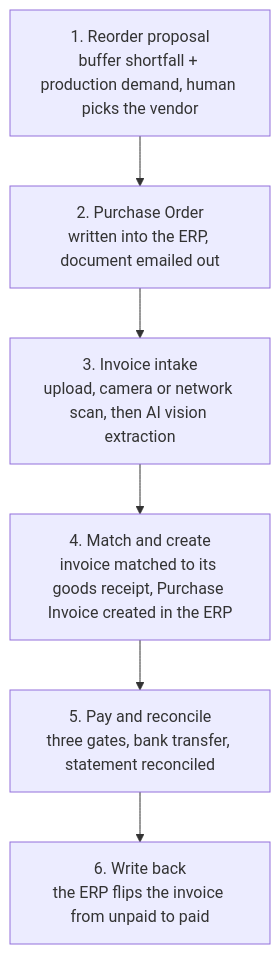
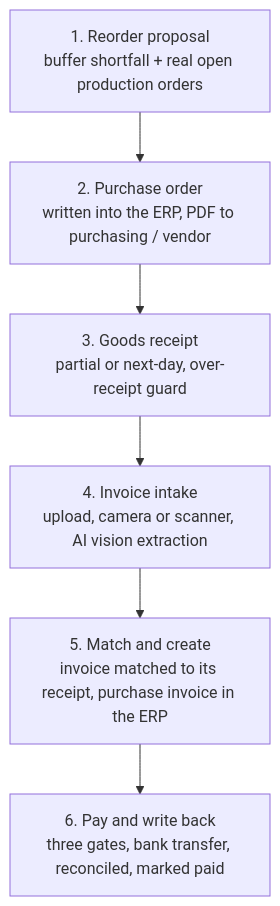
The second of 4 diagrams in docs/projects/erp-automation-platform.md (robiriu/robiriu.github.io), drawn with Mermaid before and after one commit. The commit also changed other lines of this file and 2 other files, not shown here.

First line of the commit message:
Update the ERP automation platform page with progress since August

````diff
--- a/docs/projects/erp-automation-platform.md
+++ b/docs/projects/erp-automation-platform.md
@@ -140,10 +165,10 @@
 ```mermaid
 flowchart TB
-    S1["1. Reorder proposal<br/>buffer shortfall + production demand, human picks the vendor"]
-    S2["2. Purchase Order<br/>written into the ERP, document emailed out"]
-    S3["3. Invoice intake<br/>upload, camera or network scan, then AI vision extraction"]
-    S4["4. Match and create<br/>invoice matched to its goods receipt, Purchase Invoice created in the ERP"]
-    S5["5. Pay and reconcile<br/>three gates, bank transfer, statement reconciled"]
-    S6["6. Write back<br/>the ERP flips the invoice from unpaid to paid"]
+    S1["1. Reorder proposal<br/>buffer shortfall + real open production orders"]
+    S2["2. Purchase order<br/>written into the ERP, PDF to purchasing / vendor"]
+    S3["3. Goods receipt<br/>partial or next-day, over-receipt guard"]
+    S4["4. Invoice intake<br/>upload, camera or scanner, AI vision extraction"]
+    S5["5. Match and create<br/>invoice matched to its receipt, purchase invoice in the ERP"]
+    S6["6. Pay and write back<br/>three gates, bank transfer, reconciled, marked paid"]
     S1 --> S2 --> S3 --> S4 --> S5 --> S6
 ```
````
